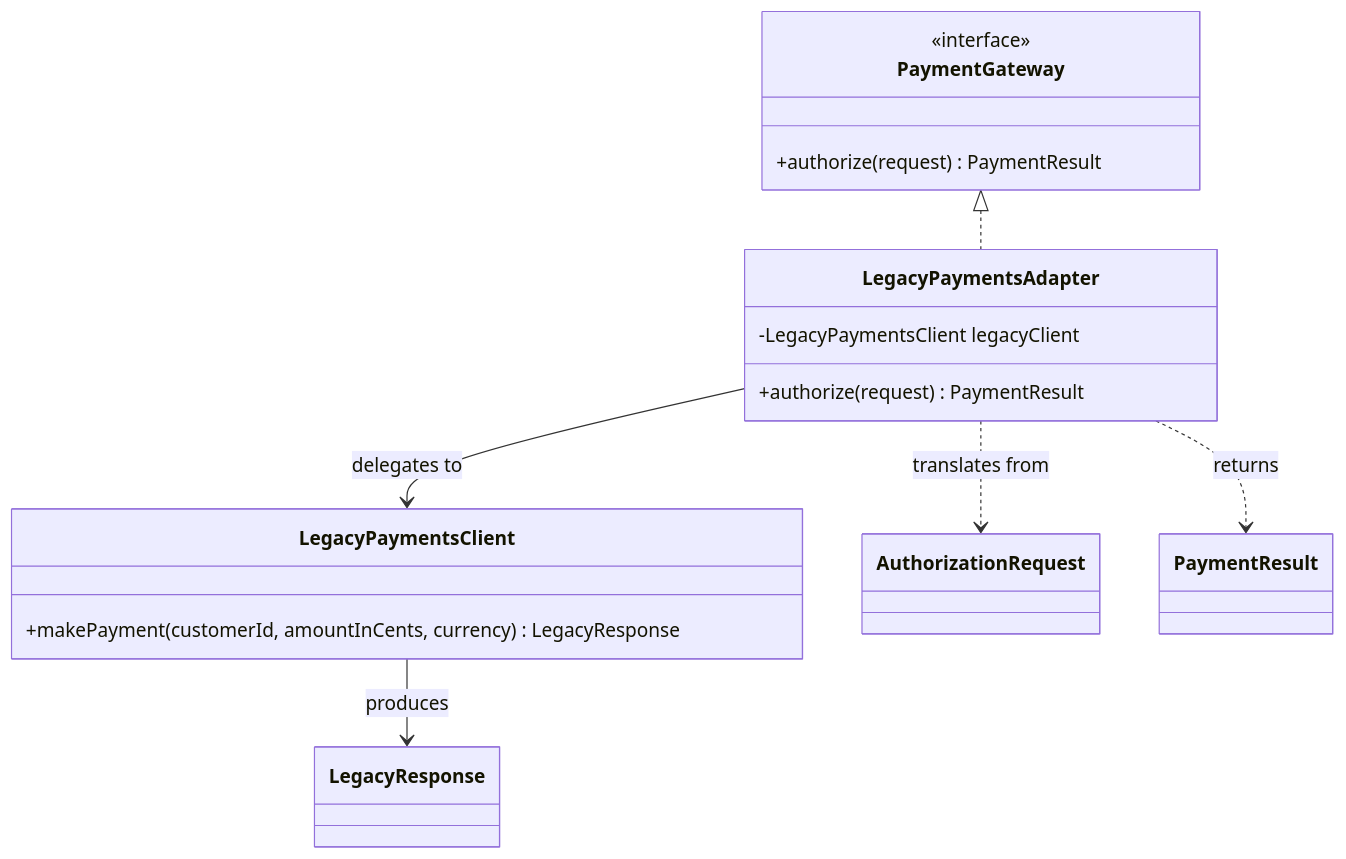
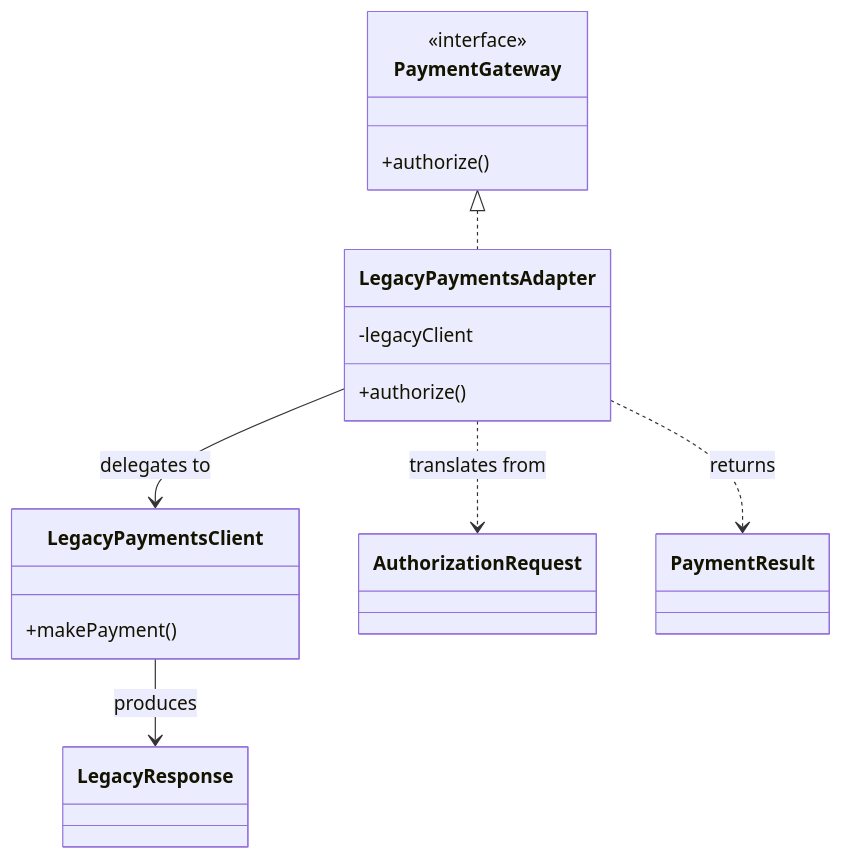
Before and after one commit to sandeepbhardwaj/sandeepbhardwaj.github.io: the diagram in _posts/2026-11-08-java-pattern-adapter-legacy-modern-migration-part-1.md, drawn with Mermaid. The commit also changed 85 other files, not shown here.

Commit message:
mermaid flow chart fixes

````diff
--- a/_posts/2026-11-08-java-pattern-adapter-legacy-modern-migration-part-1.md
+++ b/_posts/2026-11-08-java-pattern-adapter-legacy-modern-migration-part-1.md
@@ -99,23 +99,23 @@
 ```mermaid
 classDiagram
     class PaymentGateway {
       <<interface>>
-      +authorize(request) PaymentResult
+      +authorize()
     }
     class LegacyPaymentsAdapter {
-      -LegacyPaymentsClient legacyClient
-      +authorize(request) PaymentResult
+      -legacyClient
+      +authorize()
     }
     class LegacyPaymentsClient {
-      +makePayment(customerId, amountInCents, currency) LegacyResponse
+      +makePayment()
     }
     class AuthorizationRequest
     class PaymentResult
     class LegacyResponse
 
     PaymentGateway <|.. LegacyPaymentsAdapter
     LegacyPaymentsAdapter --> LegacyPaymentsClient : delegates to
     LegacyPaymentsAdapter ..> AuthorizationRequest : translates from
     LegacyPaymentsAdapter ..> PaymentResult : returns
     LegacyPaymentsClient --> LegacyResponse : produces
 ```
````
